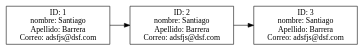
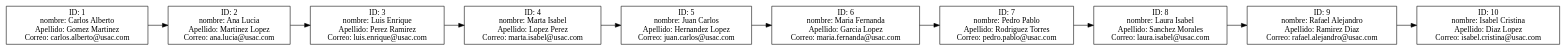
The diagram in Fase_1/AutoGestPro/AutoGestPro/bin/Debug/net9.0/reporte_Usuarios.dot (Santiago78op/EDD_1S2025_201905884), drawn with Graphviz before and after one commit. The commit also changed 22 other files, not shown here.

```diff
--- a/Fase_1/AutoGestPro/AutoGestPro/bin/Debug/net9.0/reporte_Usuarios.dot
+++ b/Fase_1/AutoGestPro/AutoGestPro/bin/Debug/net9.0/reporte_Usuarios.dot
@@ -1,9 +1,23 @@
 digraph G {
 node [shape=box];
 rankdir=LR;
-C1 [label="ID: 1\nnombre: Santiago\nApellido: Barrera\nCorreo: adsfjs@dsf.com"];
-C2 [label="ID: 2\nnombre: Santiago\nApellido: Barrera\nCorreo: adsfjs@dsf.com"];
+C1 [label="ID: 1\nnombre: Carlos Alberto\nApellido: Gomez Martinez\nCorreo: carlos.alberto@usac.com"];
+C2 [label="ID: 2\nnombre: Ana Lucia\nApellido: Martinez Lopez\nCorreo: ana.lucia@usac.com"];
 C1 -> C2;
-C3 [label="ID: 3\nnombre: Santiago\nApellido: Barrera\nCorreo: adsfjs@dsf.com"];
+C3 [label="ID: 3\nnombre: Luis Enrique\nApellido: Perez Ramirez\nCorreo: luis.enrique@usac.com"];
 C2 -> C3;
+C4 [label="ID: 4\nnombre: Marta Isabel\nApellido: Lopez Perez\nCorreo: marta.isabel@usac.com"];
+C3 -> C4;
+C5 [label="ID: 5\nnombre: Juan Carlos\nApellido: Hernandez Lopez\nCorreo: juan.carlos@usac.com"];
+C4 -> C5;
+C6 [label="ID: 6\nnombre: Maria Fernanda\nApellido: Garcia Lopez\nCorreo: maria.fernanda@usac.com"];
+C5 -> C6;
+C7 [label="ID: 7\nnombre: Pedro Pablo\nApellido: Rodriguez Torres\nCorreo: pedro.pablo@usac.com"];
+C6 -> C7;
+C8 [label="ID: 8\nnombre: Laura Isabel\nApellido: Sanchez Morales\nCorreo: laura.isabel@usac.com"];
+C7 -> C8;
+C9 [label="ID: 9\nnombre: Rafael Alejandro\nApellido: Ramirez Diaz\nCorreo: rafael.alejandro@usac.com"];
+C8 -> C9;
+C10 [label="ID: 10\nnombre: Isabel Cristina\nApellido: Diaz Lopez\nCorreo: isabel.cristina@usac.com"];
+C9 -> C10;
 }
```
